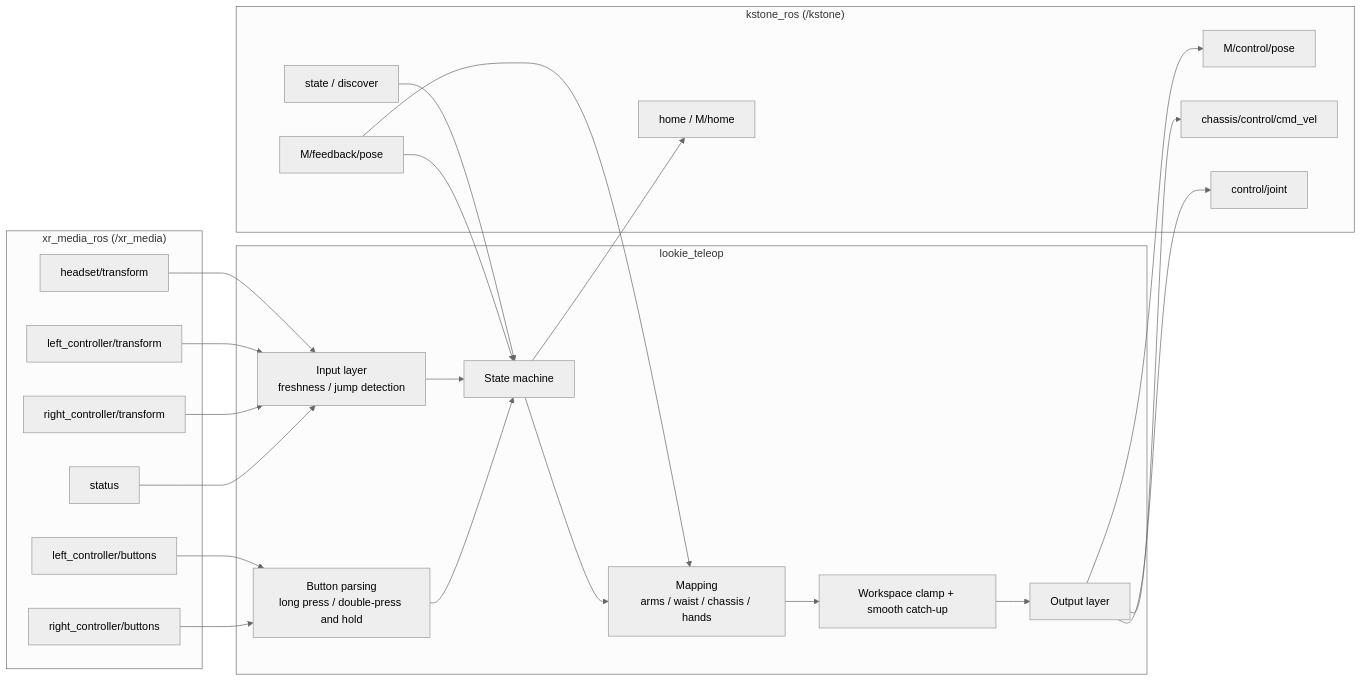
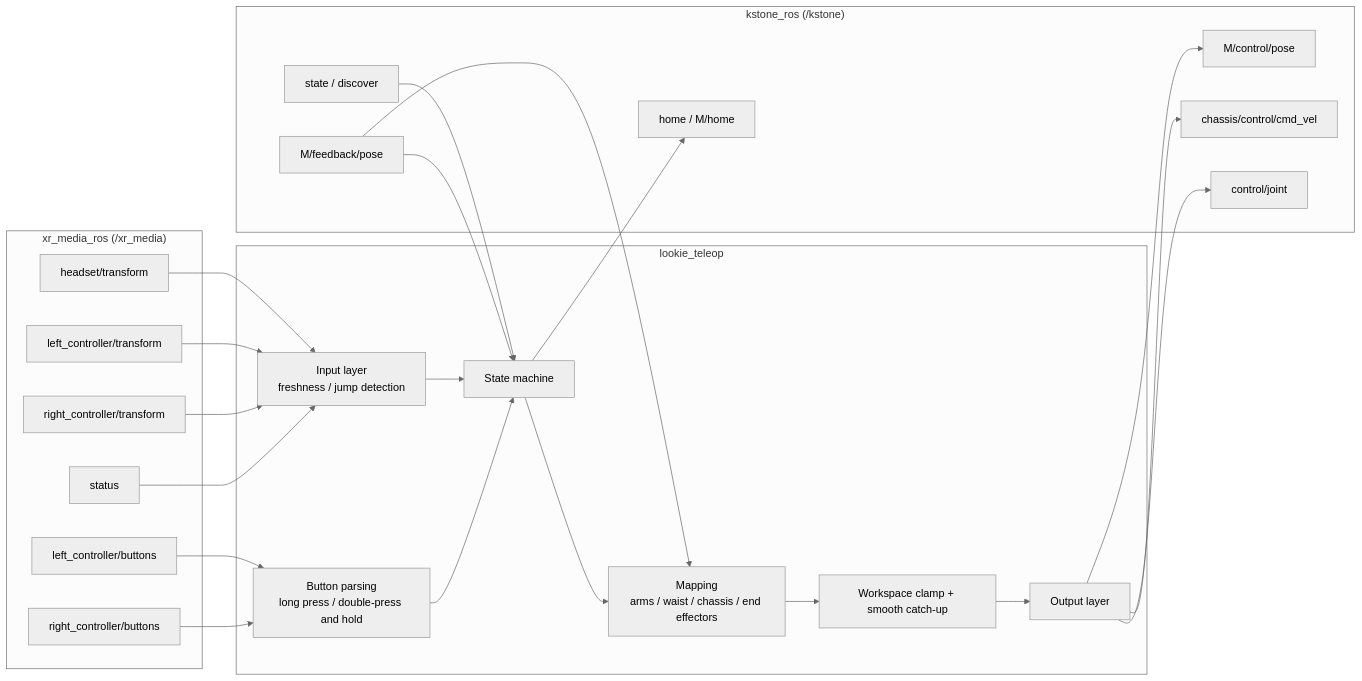
Before and after one commit to AgilexOpensource/lookie_ros: the first of 6 diagrams in lookie_teleop/docs/vr_teleop_dev_design.md, drawn with Mermaid (neutral theme). The commit also changed other lines of this file and 1 other file, not shown here.

````diff
--- a/lookie_teleop/docs/vr_teleop_dev_design.md
+++ b/lookie_teleop/docs/vr_teleop_dev_design.md
@@ -20,36 +20,36 @@
 ```mermaid
 flowchart LR
     subgraph XR["xr_media_ros (/xr_media)"]
         HT["headset/transform"]
         LT["left_controller/transform"]
         RT["right_controller/transform"]
         LB["left_controller/buttons"]
         RB["right_controller/buttons"]
         ST["status"]
     end
     subgraph TP["lookie_teleop"]
         IN["Input layer<br/>freshness / jump detection"]
         BTN["Button parsing<br/>long press / double-press and hold"]
         SM["State machine"]
-        MAP["Mapping<br/>arms / waist / chassis / hands"]
+        MAP["Mapping<br/>arms / waist / chassis / end effectors"]
         CLP["Workspace clamp + smooth catch-up"]
         OUT["Output layer"]
     end
     subgraph KS["kstone_ros (/kstone)"]
         KST["state / discover"]
         KP["M/control/pose"]
         KV["chassis/control/cmd_vel"]
         KJ["control/joint"]
         KH["home / M/home"]
         KF["M/feedback/pose"]
     end
     HT & LT & RT & ST --> IN
     LB & RB --> BTN
     IN --> SM
     BTN --> SM
     SM --> MAP --> CLP --> OUT
     KST & KF --> SM
     KF --> MAP
     OUT --> KP & KV & KJ
     SM --> KH
 ```
````
